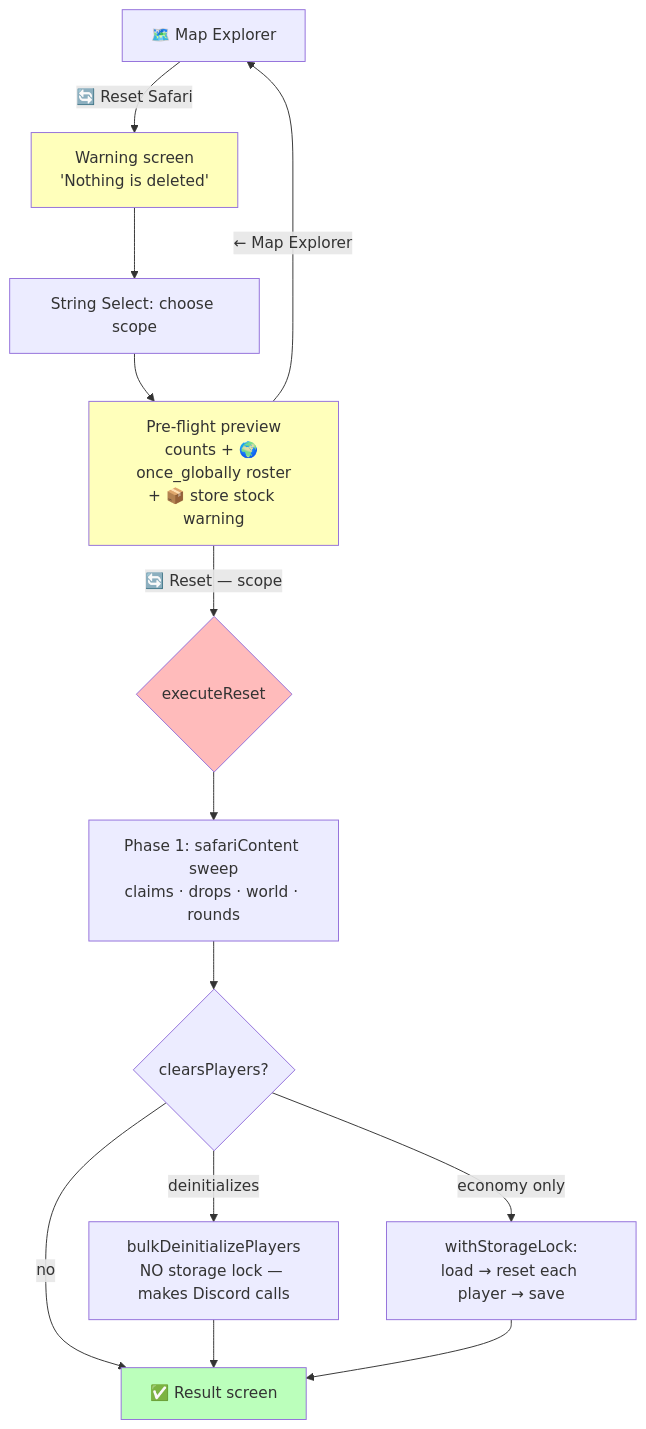
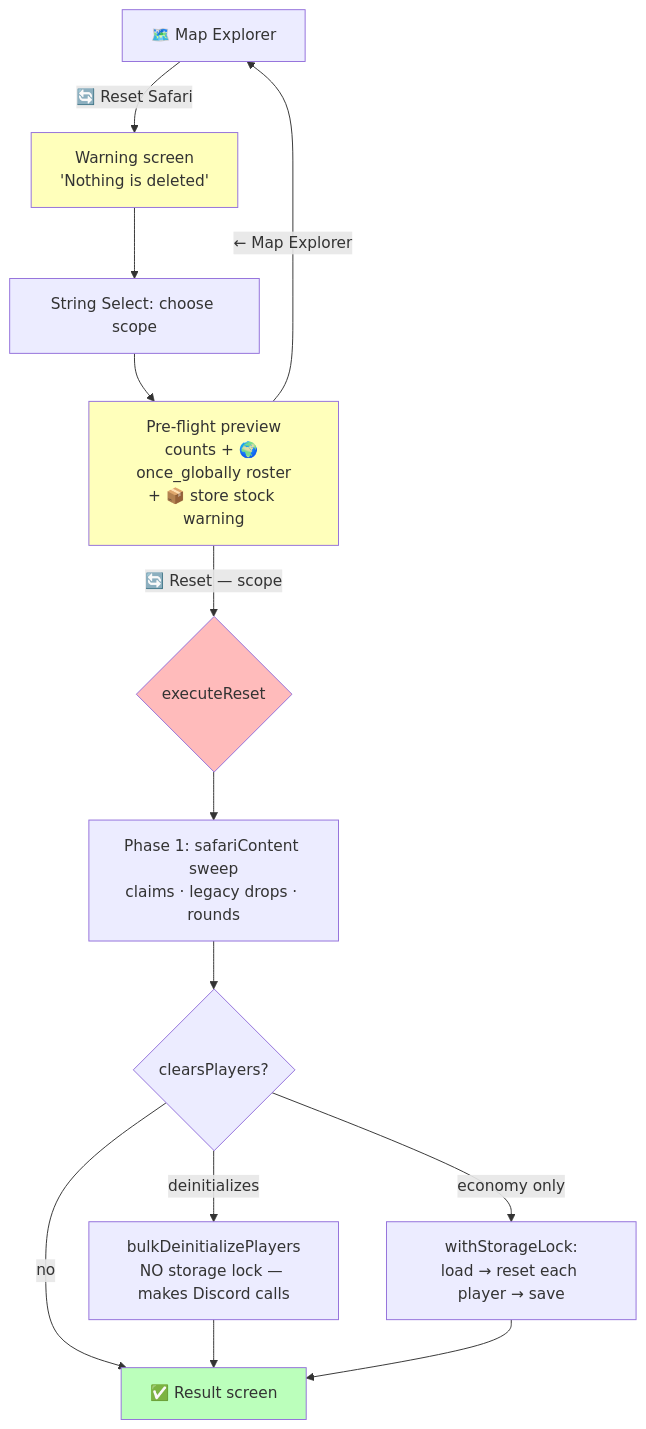
One commit to extremedonkey/castbot changed the diagram in docs/02-implementation-wip/SafariReset.md. Above: the diagram before and after it, drawn with Mermaid. The commit also changed other lines of this file and 2 other files, not shown here.

````diff
--- a/docs/02-implementation-wip/SafariReset.md
+++ b/docs/02-implementation-wip/SafariReset.md
@@ -49,19 +47,19 @@
 ```mermaid
 flowchart TD
     A[🗺️ Map Explorer] -->|🔄 Reset Safari| B[Warning screen<br/>'Nothing is deleted']
     B --> C[String Select: choose scope]
     C --> D[Pre-flight preview<br/>counts + 🌍 once_globally roster<br/>+ 📦 store stock warning]
     D -->|← Map Explorer| A
     D -->|🔄 Reset — scope| E{executeReset}
-    E --> F[Phase 1: safariContent sweep<br/>claims · drops · world · rounds]
+    E --> F[Phase 1: safariContent sweep<br/>claims · legacy drops · rounds]
     F --> G{clearsPlayers?}
     G -->|no| I[✅ Result screen]
     G -->|deinitializes| H1[bulkDeinitializePlayers<br/>NO storage lock — makes Discord calls]
     G -->|economy only| H2[withStorageLock:<br/>load → reset each player → save]
     H1 --> I
     H2 --> I
     style B fill:#ffb
     style D fill:#ffb
     style E fill:#fbb
     style I fill:#bfb
 ```
````
